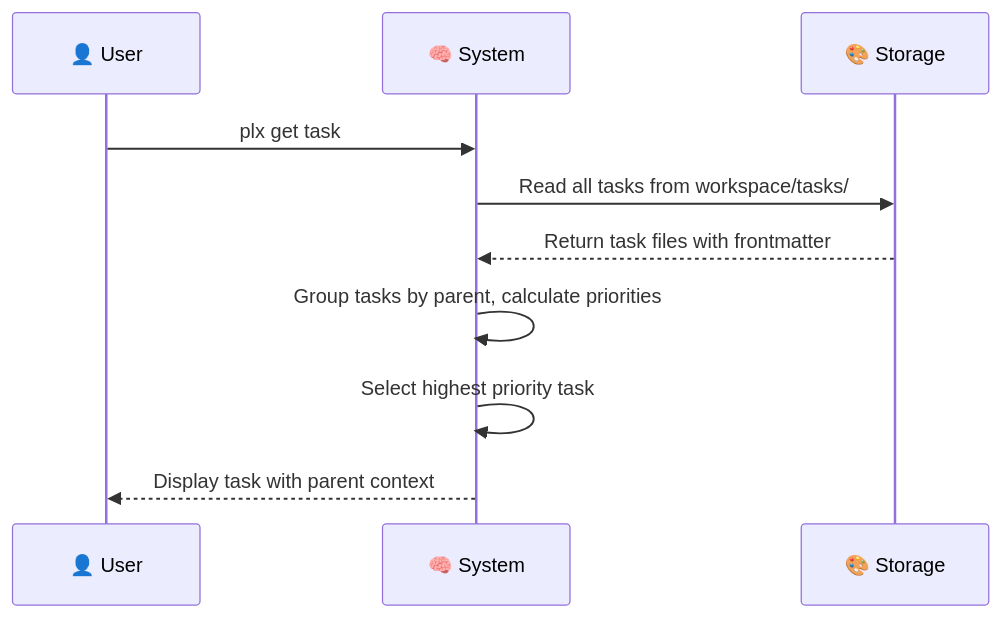
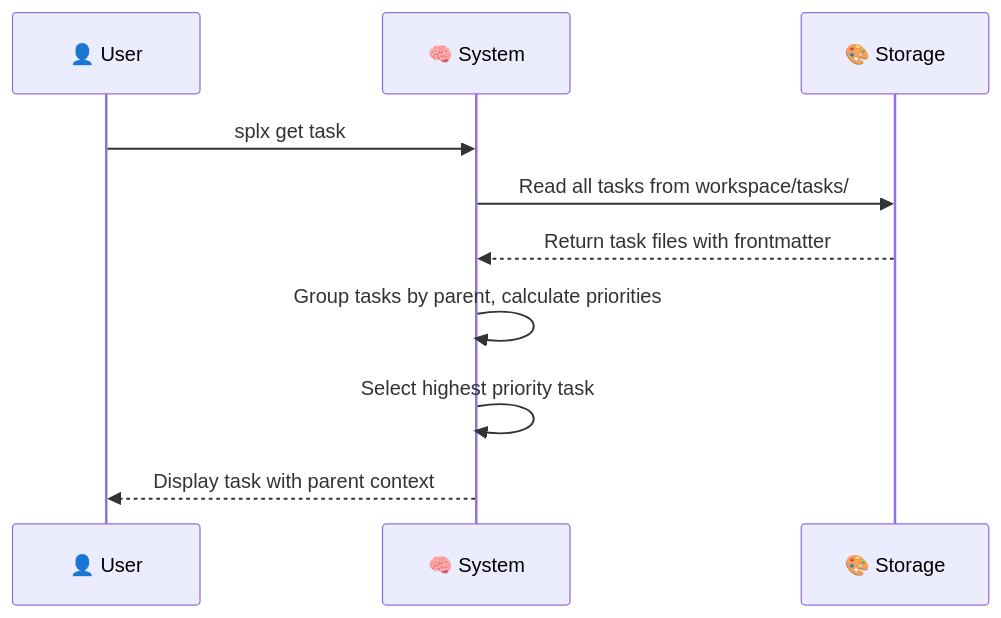
Before and after one commit to appboypov/OpenSplx: the third of 3 diagrams in workspace/drafts/request.md, drawn with Mermaid. The commit also changed other lines of this file and 987 other files, not shown here.

````diff
--- a/workspace/drafts/request.md
+++ b/workspace/drafts/request.md
@@ -69,13 +69,13 @@
 ```mermaid
 sequenceDiagram
     participant User as 👤 User
     participant System as 🧠 System
     participant Storage as 🎨 Storage
 
-    User->>System: plx get task
+    User->>System: splx get task
     System->>Storage: Read all tasks from workspace/tasks/
     Storage-->>System: Return task files with frontmatter
     System->>System: Group tasks by parent, calculate priorities
     System->>System: Select highest priority task
     System-->>User: Display task with parent context
 ```
````
